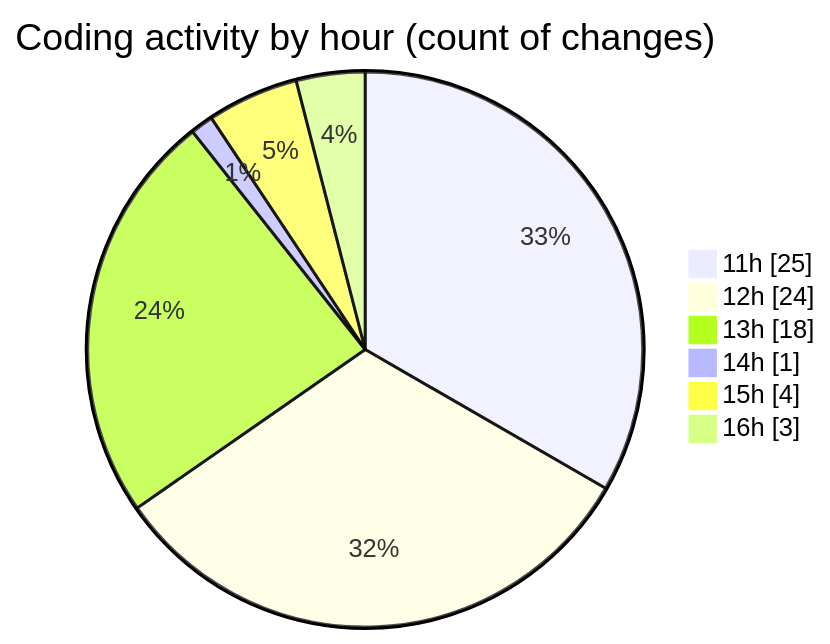
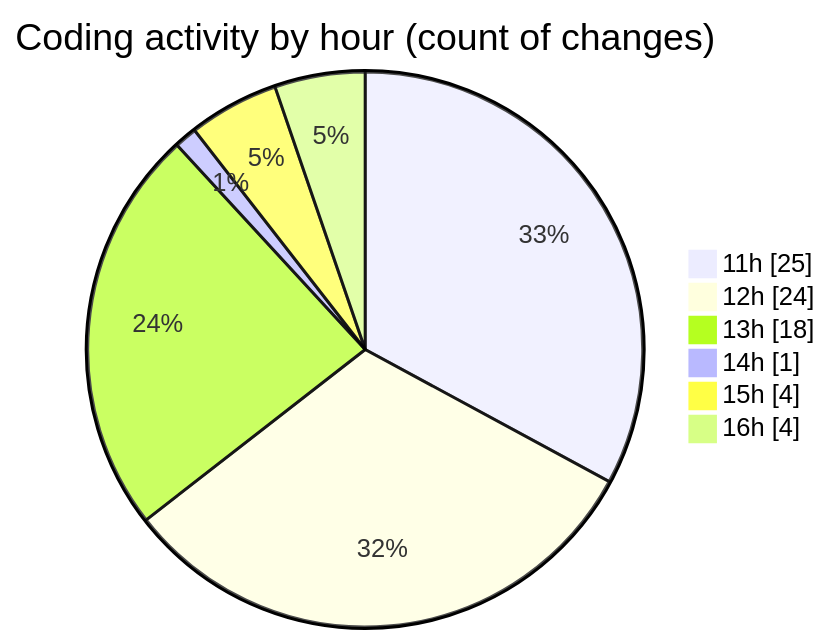
The second of 2 diagrams in 2025-04-12/myws__workspace_/README.md (MatusMokan/code-tracking), drawn with Mermaid before and after one commit. The commit also changed other lines of this file and 1 other file, not shown here.

````diff
--- a/2025-04-12/myws__workspace_/README.md
+++ b/2025-04-12/myws__workspace_/README.md
@@ -33,10 +33,10 @@
 ```mermaid
 pie showData
 title Coding activity by hour (count of changes)
 "11h" : 25
 "12h" : 24
 "13h" : 18
 "14h" : 1
 "15h" : 4
-"16h" : 3
+"16h" : 4
 ```
````
